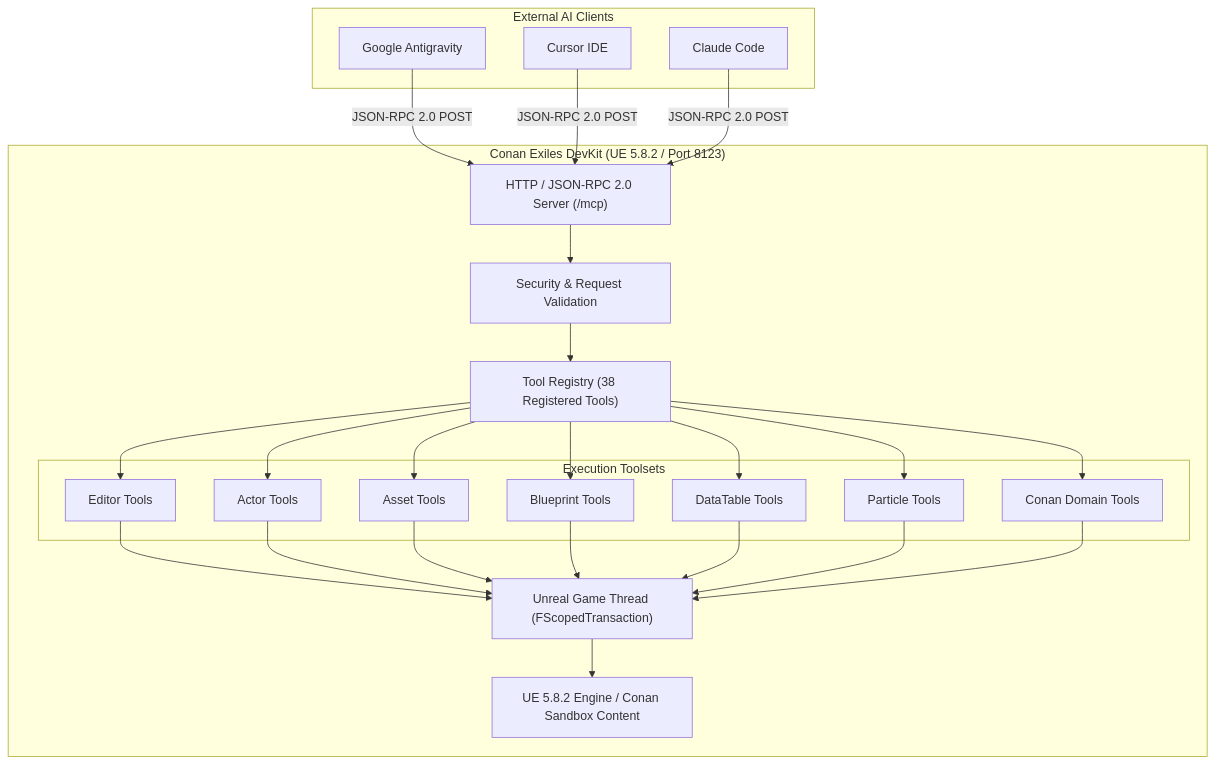
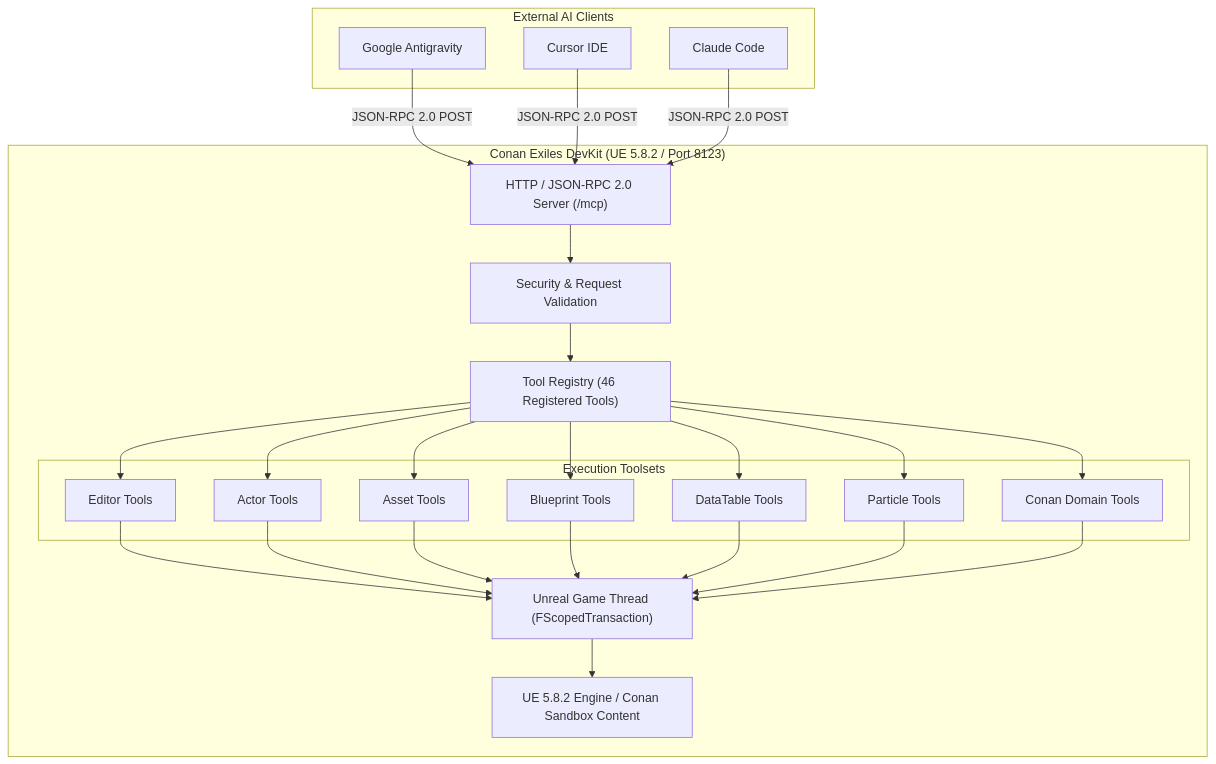
One commit to eneko3d-code/Conan-MCP changed the diagram in README.md. Above: the diagram before and after it, drawn with Mermaid. The commit also changed other lines of this file and 9 other files, not shown here.

````diff
--- a/README.md
+++ b/README.md
@@ -185,35 +196,35 @@
 ```mermaid
 graph TD
     subgraph "External AI Clients"
         AG[Google Antigravity]
         CR[Cursor IDE]
         CC[Claude Code]
     end
 
     subgraph "Conan Exiles DevKit (UE 5.8.2 / Port 8123)"
         HTTP["HTTP / JSON-RPC 2.0 Server (/mcp)"]
         AUTH["Security & Request Validation"]
-        REG["Tool Registry (38 Registered Tools)"]
+        REG["Tool Registry (46 Registered Tools)"]
         
         subgraph "Execution Toolsets"
             ED[Editor Tools]
             AC[Actor Tools]
             AS[Asset Tools]
             BP[Blueprint Tools]
             DT[DataTable Tools]
             PT[Particle Tools]
             CN[Conan Domain Tools]
         end
         
         GT["Unreal Game Thread (FScopedTransaction)"]
         ENG["UE 5.8.2 Engine / Conan Sandbox Content"]
     end
 
     AG -->|JSON-RPC 2.0 POST| HTTP
     CR -->|JSON-RPC 2.0 POST| HTTP
     CC -->|JSON-RPC 2.0 POST| HTTP
 
     HTTP --> AUTH --> REG
     REG --> ED & AC & AS & BP & DT & PT & CN
     ED & AC & AS & BP & DT & PT & CN --> GT --> ENG
 ```
````
